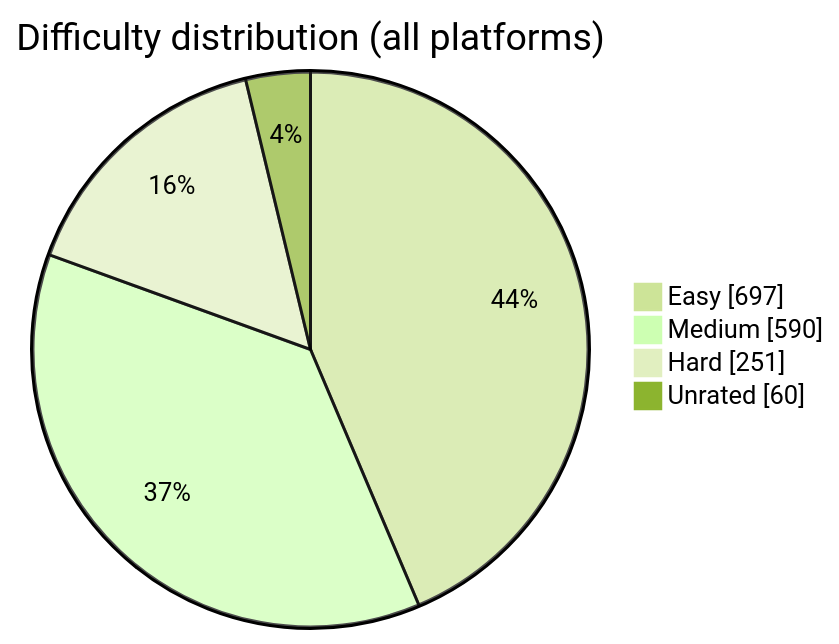
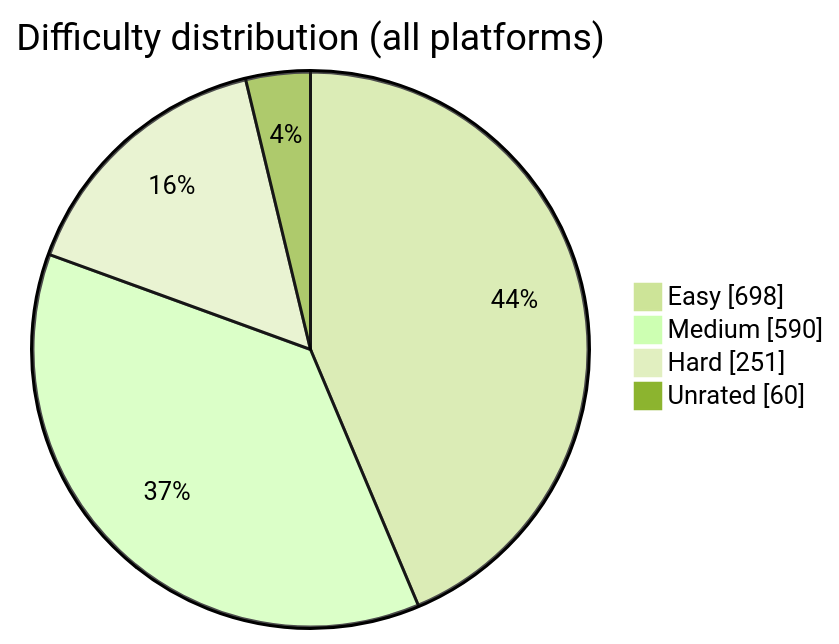
The diagram in README.md (BuildbyArindam/Daily-Coding-Log), drawn with Mermaid (forest theme) before and after one commit. The commit also changed other lines of this file, not shown here.

````diff
--- a/README.md
+++ b/README.md
@@ -93,7 +93,7 @@
 ```mermaid
 pie showData title Difficulty distribution (all platforms)
-    "Easy" : 697
+    "Easy" : 698
     "Medium" : 590
     "Hard" : 251
     "Unrated" : 60
 ```
````
